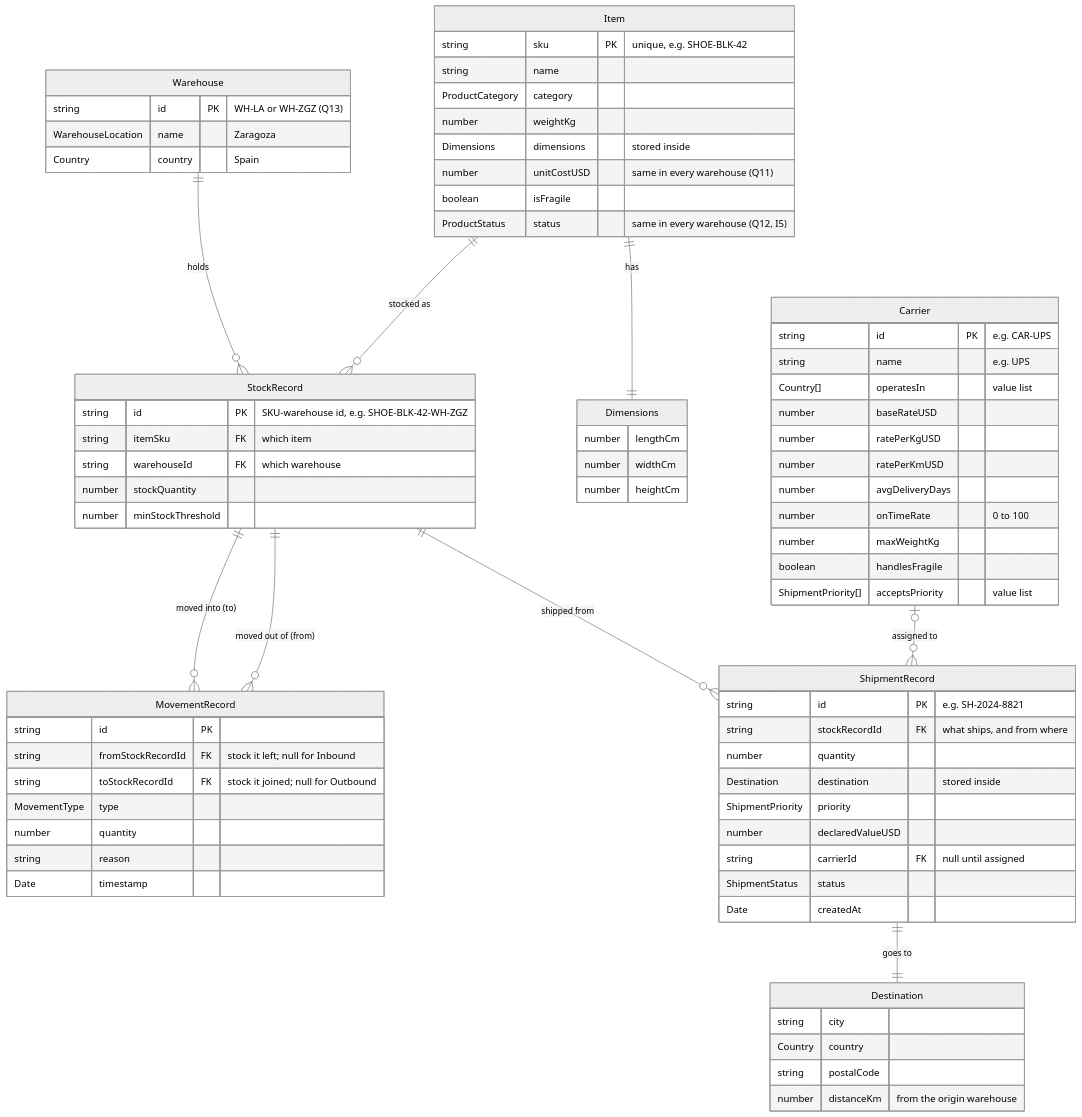
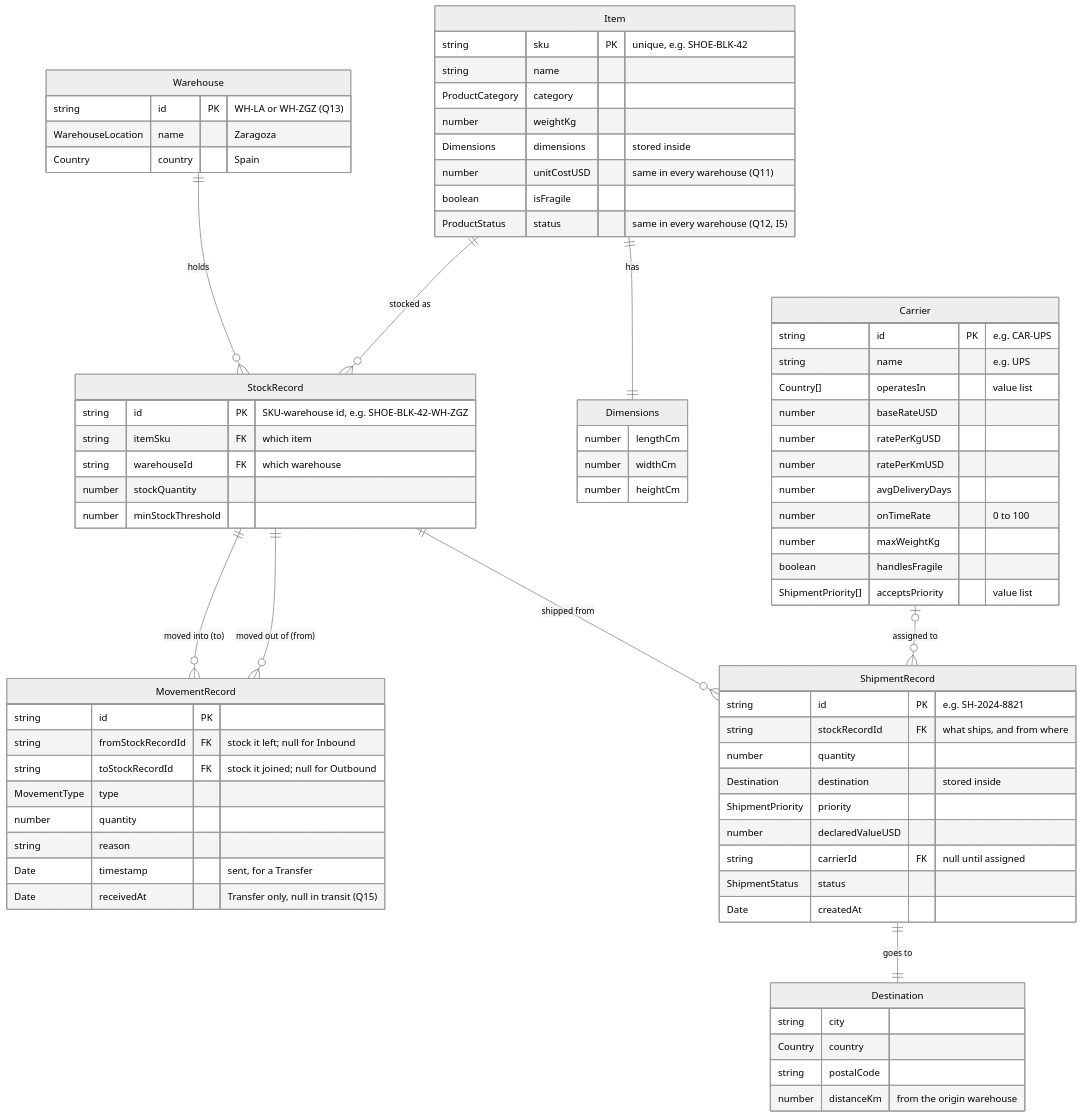
The diagram in packages/warehouse-logic/docs/erd.md (Sun-flow/TrackFlow-Company-Overhaul), drawn with Mermaid (neutral theme) before and after one commit. The commit also changed other lines of this file and 5 other files, not shown here.

````diff
--- a/packages/warehouse-logic/docs/erd.md
+++ b/packages/warehouse-logic/docs/erd.md
@@ -10,78 +10,79 @@
 ```mermaid
 erDiagram
     Item {
         string sku PK "unique, e.g. SHOE-BLK-42"
         string name
         ProductCategory category
         number weightKg
         Dimensions dimensions "stored inside"
         number unitCostUSD "same in every warehouse (Q11)"
         boolean isFragile
         ProductStatus status "same in every warehouse (Q12, I5)"
     }
     Dimensions {
         number lengthCm
         number widthCm
         number heightCm
     }
     Warehouse {
         string id PK "WH-LA or WH-ZGZ (Q13)"
         WarehouseLocation name "Zaragoza"
         Country country "Spain"
     }
     StockRecord {
         string id PK "SKU-warehouse id, e.g. SHOE-BLK-42-WH-ZGZ"
         string itemSku FK "which item"
         string warehouseId FK "which warehouse"
         number stockQuantity
         number minStockThreshold
     }
     ShipmentRecord {
         string id PK "e.g. SH-2024-8821"
         string stockRecordId FK "what ships, and from where"
         number quantity
         Destination destination "stored inside"
         ShipmentPriority priority
         number declaredValueUSD
         string carrierId FK "null until assigned"
         ShipmentStatus status
         Date createdAt
     }
     Destination {
         string city
         Country country
         string postalCode
         number distanceKm "from the origin warehouse"
     }
     MovementRecord {
         string id PK
         string fromStockRecordId FK "stock it left; null for Inbound"
         string toStockRecordId FK "stock it joined; null for Outbound"
         MovementType type
         number quantity
         string reason
-        Date timestamp
+        Date timestamp "sent, for a Transfer"
+        Date receivedAt "Transfer only, null in transit (Q15)"
     }
     Carrier {
         string id PK "e.g. CAR-UPS"
         string name "e.g. UPS"
         Country[] operatesIn "value list"
         number baseRateUSD
         number ratePerKgUSD
         number ratePerKmUSD
         number avgDeliveryDays
         number onTimeRate "0 to 100"
         number maxWeightKg
         boolean handlesFragile
         ShipmentPriority[] acceptsPriority "value list"
     }
 
     Item ||--|| Dimensions : "has"
     Item ||--o{ StockRecord : "stocked as"
     Warehouse ||--o{ StockRecord : "holds"
     StockRecord ||--o{ ShipmentRecord : "shipped from"
     StockRecord ||--o{ MovementRecord : "moved out of (from)"
     StockRecord ||--o{ MovementRecord : "moved into (to)"
     Carrier |o--o{ ShipmentRecord : "assigned to"
     ShipmentRecord ||--|| Destination : "goes to"
 ```
````
